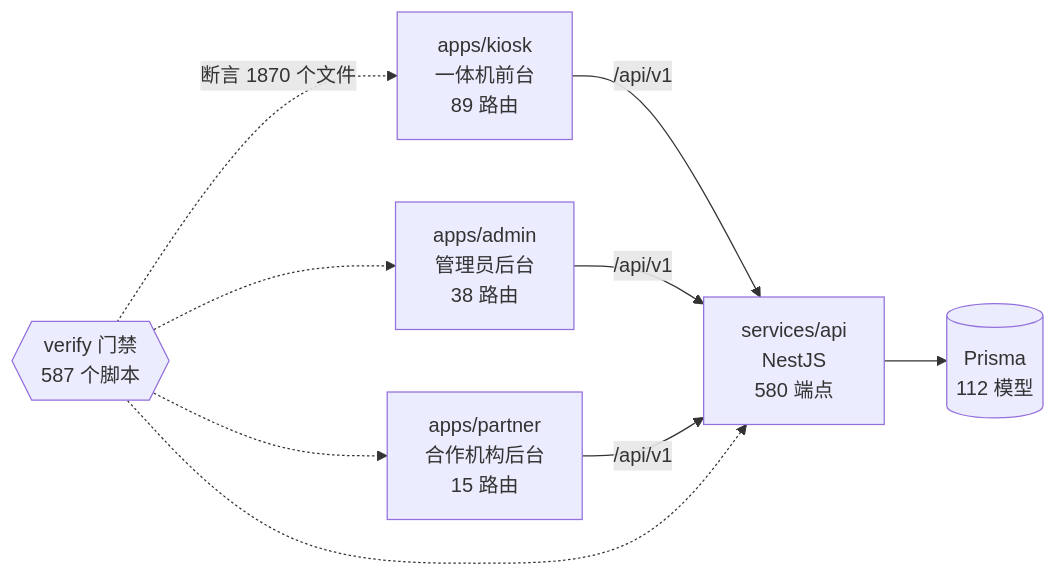
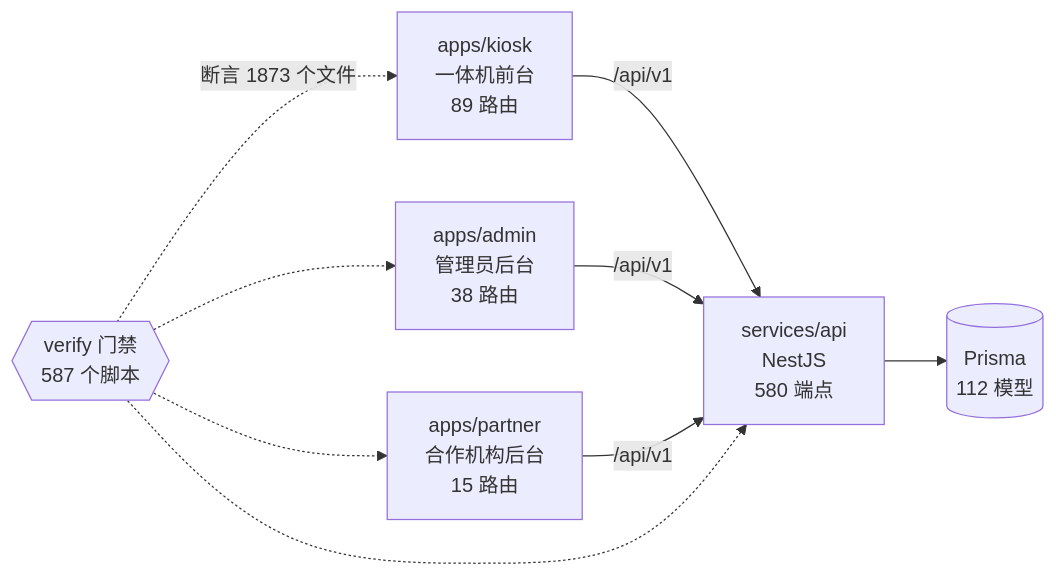
The diagram in docs/graph/README.md (wanglei581/YITIJI), drawn with Mermaid before and after one commit. The commit also changed other lines of this file and 3 other files, not shown here.

Commit message:
docs(progress): 记 29 号模拟面试按 2.0 补齐，重生图谱

````diff
--- a/docs/graph/README.md
+++ b/docs/graph/README.md
@@ -68,18 +68,18 @@
 ```mermaid
 flowchart LR
   kiosk["apps/kiosk<br/>一体机前台<br/>89 路由"]
   admin["apps/admin<br/>管理员后台<br/>38 路由"]
   partner["apps/partner<br/>合作机构后台<br/>15 路由"]
   api["services/api<br/>NestJS<br/>580 端点"]
   db[("Prisma<br/>112 模型")]
   gates{{"verify 门禁<br/>587 个脚本"}}
 
   kiosk -->|"/api/v1"| api
   admin -->|"/api/v1"| api
   partner -->|"/api/v1"| api
   api --> db
-  gates -.->|"断言 1870 个文件"| kiosk
+  gates -.->|"断言 1873 个文件"| kiosk
   gates -.-> admin
   gates -.-> partner
   gates -.-> api
 ```
````
